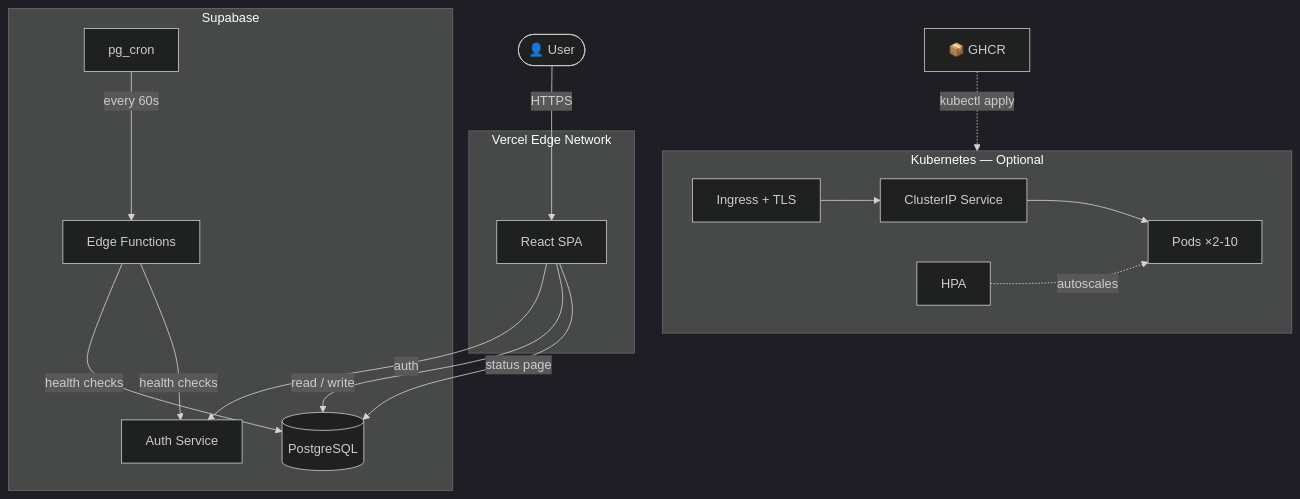
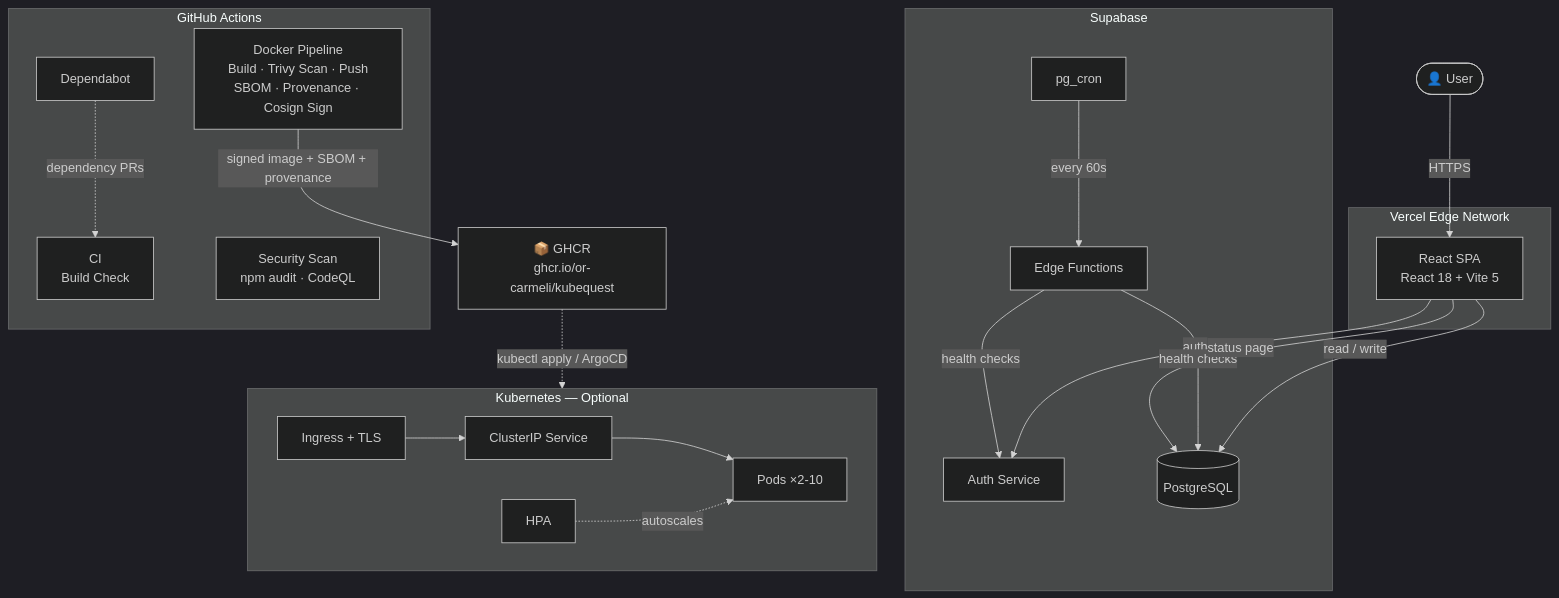
One commit to or-carmeli/KubeQuest changed the diagram in README.md. Above: the diagram before and after it, drawn with Mermaid (dark theme). The commit also changed other lines of this file and 1 other file, not shown here.

First line of the commit message:
chore: harden Docker workflow and update README

````diff
--- a/README.md
+++ b/README.md
@@ -103,30 +75,41 @@
 ```mermaid
 flowchart TD
     USER(["👤 User"])
 
     subgraph VERCEL["Vercel Edge Network"]
-        SPA["React SPA"]
+        SPA["React SPA\nReact 18 + Vite 5"]
     end
 
     subgraph SB["Supabase"]
         AUTH["Auth Service"]
         DB[("PostgreSQL")]
         EDGE["Edge Functions"]
         CRON["pg_cron"]
     end
 
+    subgraph GH["GitHub Actions"]
+        CI["CI\nBuild Check"]
+        DOCK["Docker Pipeline\nBuild · Trivy Scan · Push\nSBOM · Provenance · Cosign Sign"]
+        SEC["Security Scan\nnpm audit · CodeQL"]
+        BOT["Dependabot"]
+    end
+
+    GHCR["📦 GHCR\nghcr.io/or-carmeli/kubequest"]
+
     subgraph K8S["Kubernetes — Optional"]
         ING["Ingress + TLS"] --> SVC["ClusterIP Service"] --> PODS["Pods ×2-10"]
         HPA["HPA"] -.->|autoscales| PODS
     end
-
-    GHCR["📦 GHCR"] -.->|kubectl apply| K8S
 
     USER -->|HTTPS| SPA
     SPA -->|auth| AUTH
     SPA -->|read / write| DB
     CRON -->|every 60s| EDGE
     EDGE -->|health checks| DB
     EDGE -->|health checks| AUTH
     SPA -->|status page| DB
+
+    DOCK -->|signed image + SBOM + provenance| GHCR
+    GHCR -.->|kubectl apply / ArgoCD| K8S
+    BOT -.->|dependency PRs| CI
 ```
````
